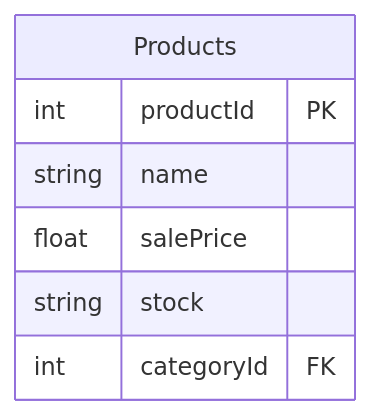
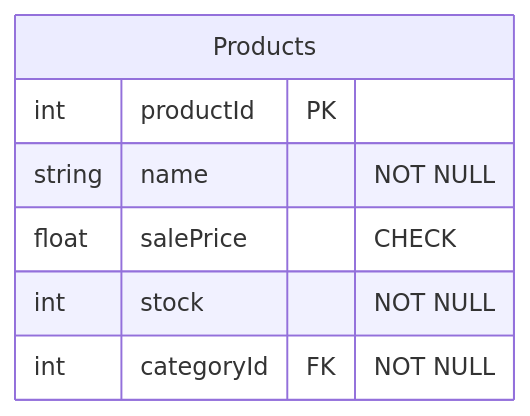
Diagram 19 of 29 in 4to-Cuatrimestre/fundamentos-base-datos/proyecto/proyecto.md (rosendocamal/homeworks), drawn with Mermaid before and after one commit. The commit also changed other lines of this file, not shown here.

````diff
--- a/4to-Cuatrimestre/fundamentos-base-datos/proyecto/proyecto.md
+++ b/4to-Cuatrimestre/fundamentos-base-datos/proyecto/proyecto.md
@@ -436,10 +405,10 @@
 ```mermaid
 erDiagram
 	Products {
 		int productId PK
-		string name
-		float salePrice
-		string stock
-		int categoryId FK
+		string name "NOT NULL"
+		float salePrice "CHECK"
+		int stock "NOT NULL"
+		int categoryId FK "NOT NULL"
 	}
 ```
````
